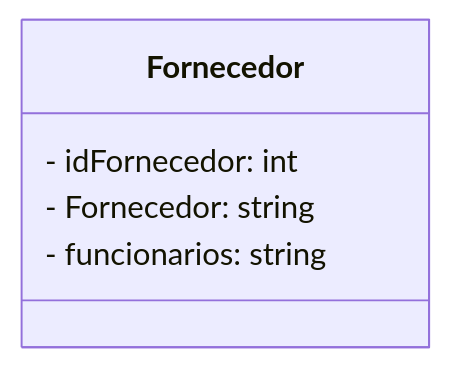
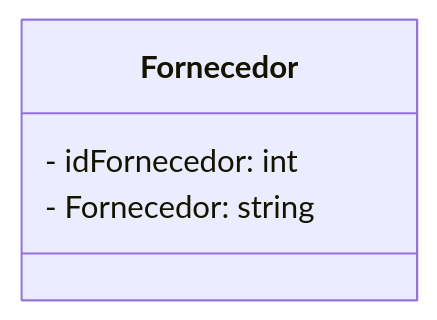
One commit to MTECHDevelopment/poojavaceub-grupo-3 changed the diagram in Fornecedor.md. Above: the diagram before and after it, drawn with Mermaid.

````diff
--- a/Fornecedor.md
+++ b/Fornecedor.md
@@ -2,9 +2,8 @@
 ```mermaid
 classDiagram
   class Fornecedor{
     - idFornecedor: int
     - Fornecedor: string
-    - funcionarios: string
   }
 
 ```
````
